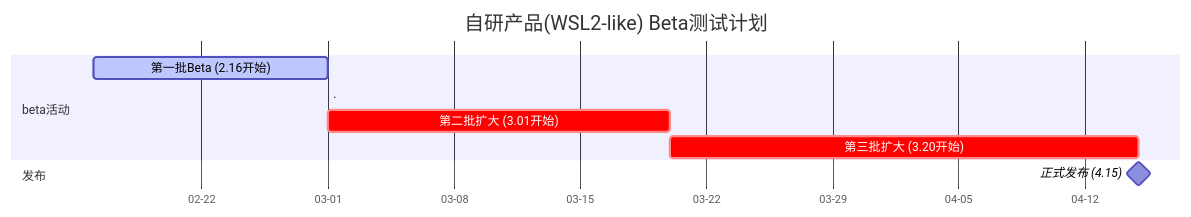
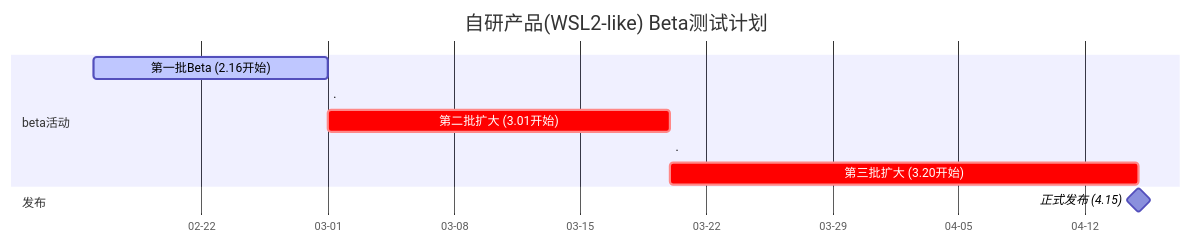
The diagram in all/未命名.md (kilans/iodraw-files), drawn with Mermaid before and after one commit.

Commit message:
2026-02-12 15:23:37 update

````diff
--- a/all/未命名.md
+++ b/all/未命名.md
@@ -1,16 +1,17 @@
 ```mermaid
 gantt
     title 自研产品(WSL2-like) Beta测试计划
     dateFormat  YYYY-MM-DD
     axisFormat %m-%d
     
     section beta活动
     第一批Beta (2.16开始)      :active, 2026-02-16, 13d
     .:0d
     第二批扩大 (3.01开始)      :crit, 2026-03-01, 19d
+    .:0d
     第三批扩大 (3.20开始)      :crit, 2026-03-20, 26d
     
     section 发布
     正式发布 (4.15)           :milestone, 2026-04-15, 0d
 
 ```
````
